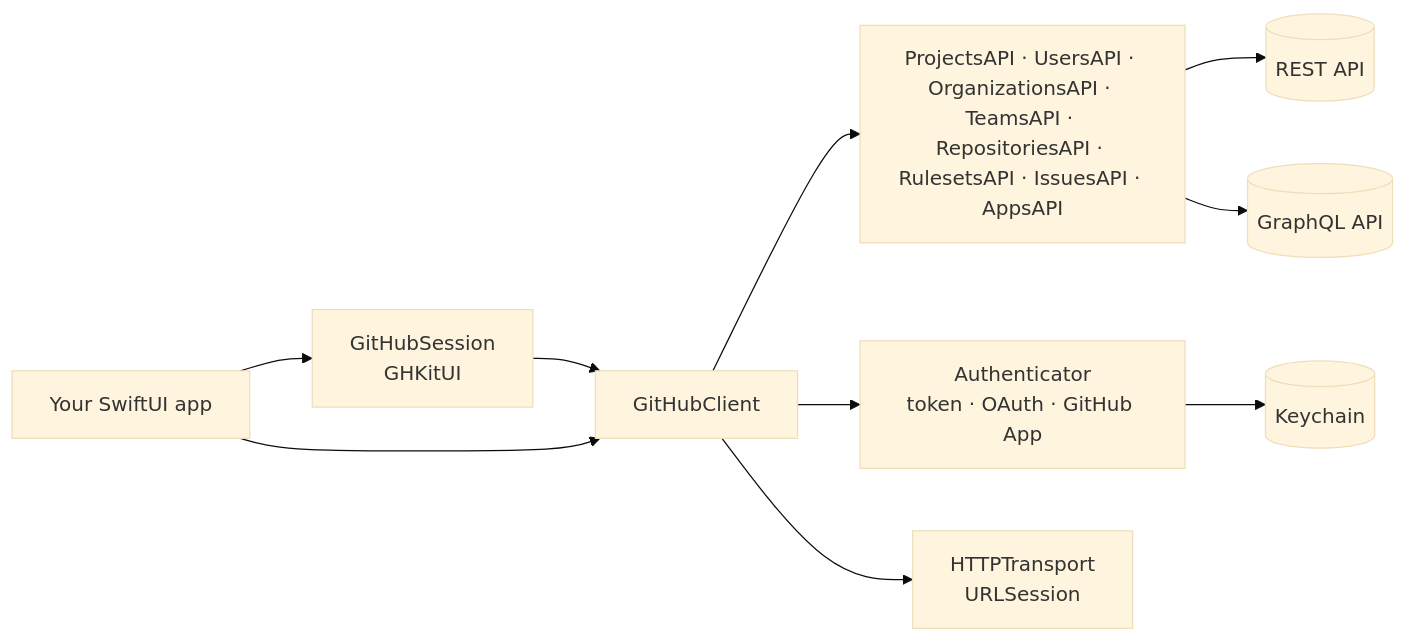
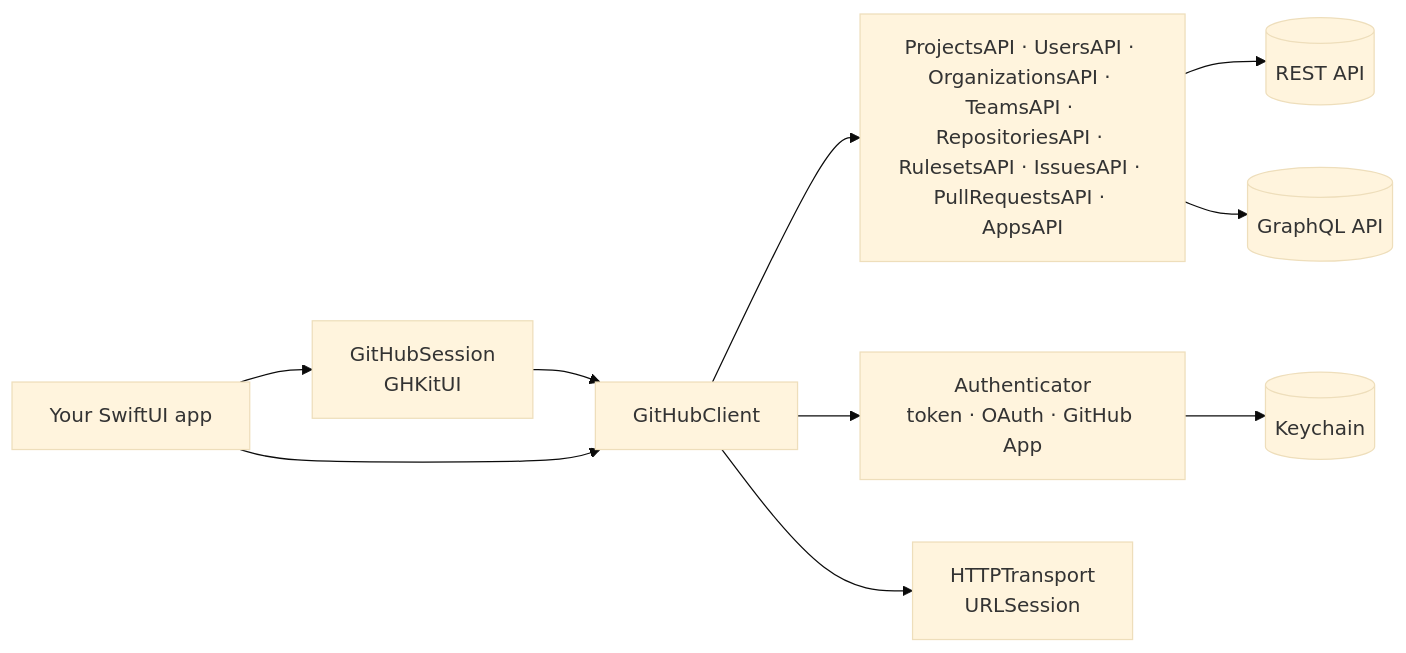
The diagram in README.md (emmanuel-defreitas/GHKit), drawn with Mermaid (base theme) before and after one commit. The commit also changed 28 other files, not shown here.

First line of the commit message:
feat(pulls): pull requests, reviews, review comments, merging, stacks, and timelines

````diff
--- a/README.md
+++ b/README.md
@@ -331,12 +331,12 @@
 ```mermaid
 graph LR
     App[Your SwiftUI app] --> Session[GitHubSession<br/>GHKitUI]
     Session --> Client[GitHubClient]
     App --> Client
-    Client --> APIs[ProjectsAPI · UsersAPI · OrganizationsAPI · TeamsAPI · RepositoriesAPI · RulesetsAPI · IssuesAPI · AppsAPI]
+    Client --> APIs[ProjectsAPI · UsersAPI · OrganizationsAPI · TeamsAPI · RepositoriesAPI · RulesetsAPI · IssuesAPI · PullRequestsAPI · AppsAPI]
     Client --> Auth[Authenticator<br/>token · OAuth · GitHub App]
     Client --> Transport[HTTPTransport<br/>URLSession]
     APIs --> REST[(REST API)]
     APIs --> GQL[(GraphQL API)]
     Auth --> Store[(Keychain)]
 ```
````
